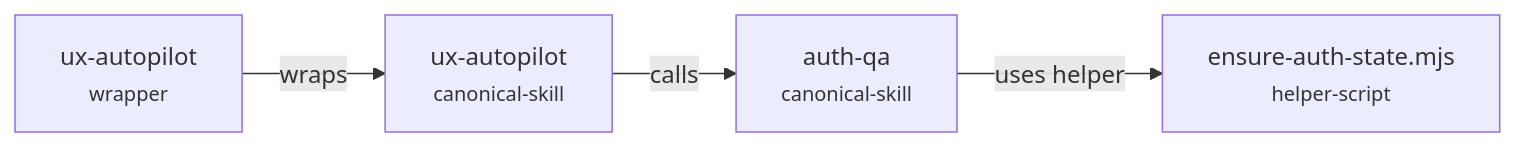
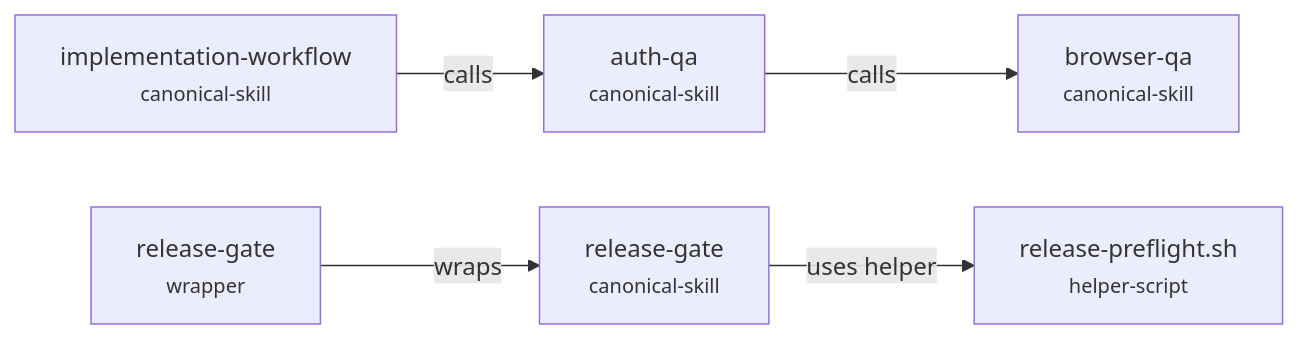
One commit to ming0627/skillgraph changed the diagram in README.md. Above: the diagram before and after it, drawn with Mermaid. The commit also changed other lines of this file and 44 other files, not shown here.

Commit message:
feat: add multi-provider release workflow example

````diff
--- a/README.md
+++ b/README.md
@@ -142,6 +160,7 @@
 ```mermaid
 flowchart LR
-  A["ux-autopilot<br/><small>canonical-skill</small>"] -- "calls" --> B["auth-qa<br/><small>canonical-skill</small>"]
-  B -- "uses helper" --> C["ensure-auth-state.mjs<br/><small>helper-script</small>"]
-  D["ux-autopilot<br/><small>wrapper</small>"] -- "wraps" --> A
+  A["implementation-workflow<br/><small>canonical-skill</small>"] -- "calls" --> B["auth-qa<br/><small>canonical-skill</small>"]
+  B -- "calls" --> C["browser-qa<br/><small>canonical-skill</small>"]
+  D["release-gate<br/><small>wrapper</small>"] -- "wraps" --> E["release-gate<br/><small>canonical-skill</small>"]
+  E -- "uses helper" --> F["release-preflight.sh<br/><small>helper-script</small>"]
 ```
````
